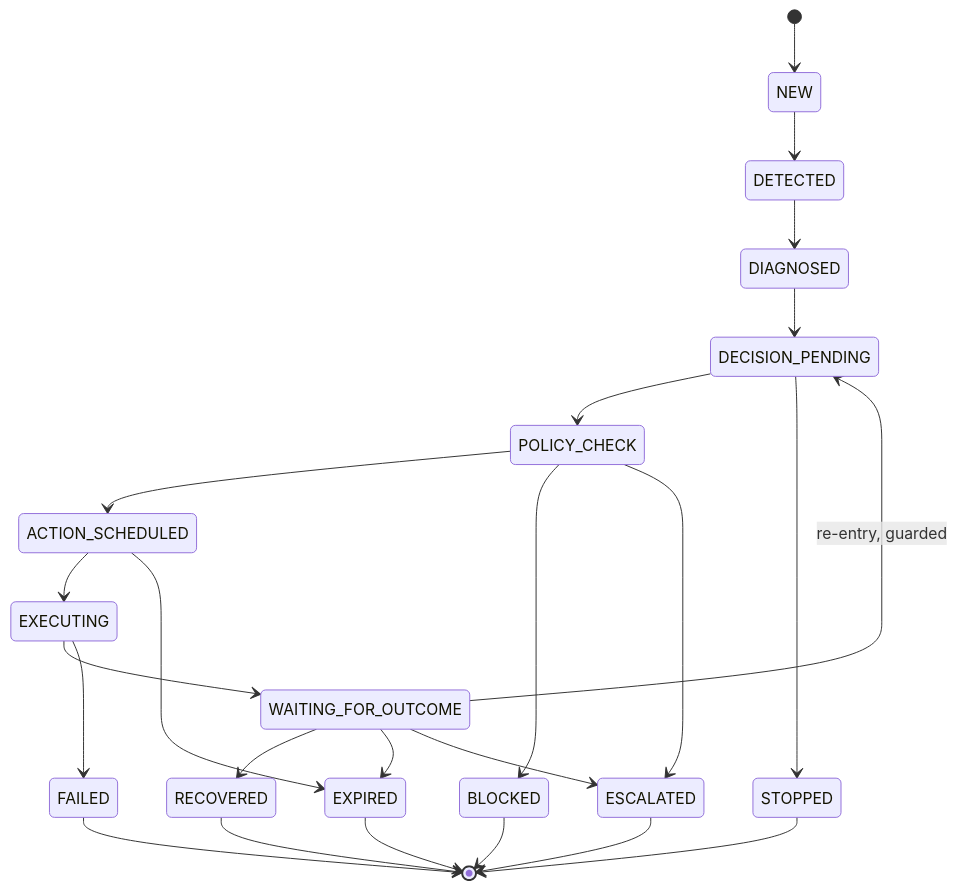
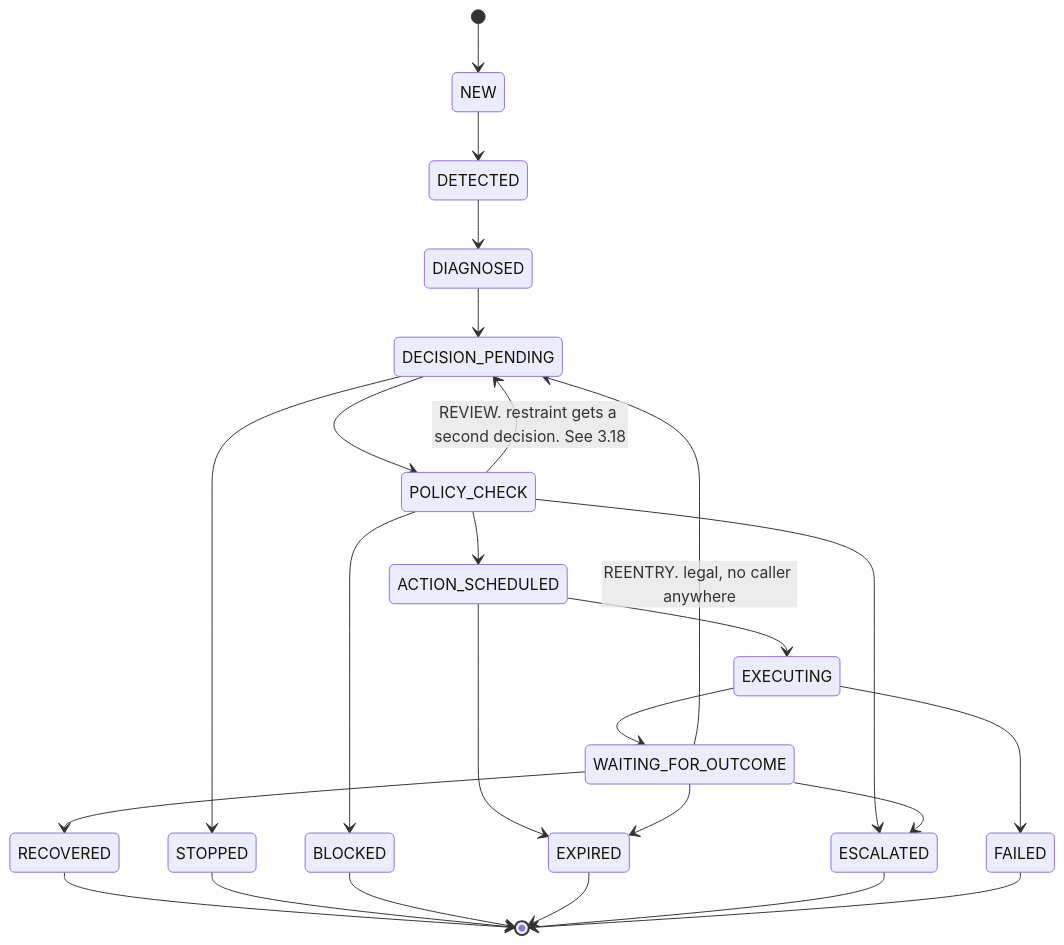
The fifth of 29 diagrams in Rovara/references/REVORA-SYSTEM-GUIDE.md (Suvam-paul145/Razorpay-Builathon-challange), drawn with Mermaid before and after one commit. The commit also changed other lines of this file and 9 other files, not shown here.

````diff
--- a/Rovara/references/REVORA-SYSTEM-GUIDE.md
+++ b/Rovara/references/REVORA-SYSTEM-GUIDE.md
@@ -321,28 +401,29 @@
 ```mermaid
 stateDiagram-v2
     [*] --> NEW
     NEW --> DETECTED
     DETECTED --> DIAGNOSED
     DIAGNOSED --> DECISION_PENDING
     DECISION_PENDING --> POLICY_CHECK
     POLICY_CHECK --> ACTION_SCHEDULED
     ACTION_SCHEDULED --> EXECUTING
     EXECUTING --> WAITING_FOR_OUTCOME
     WAITING_FOR_OUTCOME --> RECOVERED
-    WAITING_FOR_OUTCOME --> DECISION_PENDING : re-entry, guarded
+    WAITING_FOR_OUTCOME --> DECISION_PENDING : REENTRY. legal, no caller anywhere
+    POLICY_CHECK --> DECISION_PENDING : REVIEW. restraint gets a second decision. See 3.18
 
     POLICY_CHECK --> BLOCKED
     POLICY_CHECK --> ESCALATED
     DECISION_PENDING --> STOPPED
     ACTION_SCHEDULED --> EXPIRED
     EXECUTING --> FAILED
     WAITING_FOR_OUTCOME --> EXPIRED
     WAITING_FOR_OUTCOME --> ESCALATED
 
     RECOVERED --> [*]
     STOPPED --> [*]
     BLOCKED --> [*]
     EXPIRED --> [*]
     ESCALATED --> [*]
     FAILED --> [*]
 ```
````
